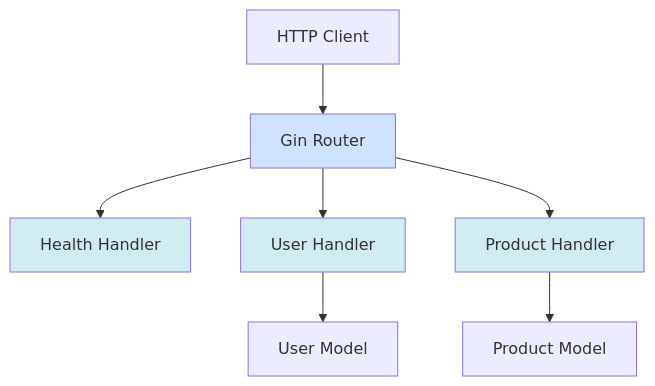
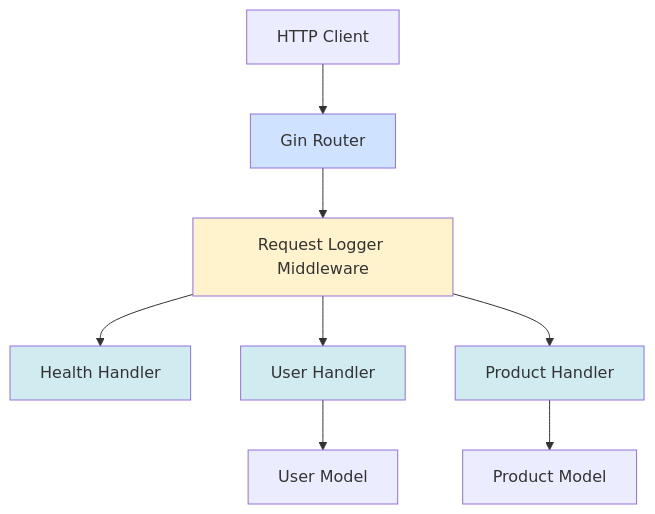
One commit to gamefiend/doc-agent-demo changed the first of 2 diagrams in docs/ARCHITECTURE.md. Above: the diagram before and after it, drawn with Mermaid. The commit also changed other lines of this file and 5 other files, not shown here.

````diff
--- a/docs/ARCHITECTURE.md
+++ b/docs/ARCHITECTURE.md
@@ -13,15 +13,17 @@
 ```mermaid
 graph TB
     Client[HTTP Client] --> Router[Gin Router]
-    Router --> HealthHandler[Health Handler]
-    Router --> UserHandler[User Handler]
-    Router --> ProductHandler[Product Handler]
+    Router --> Middleware[Request Logger Middleware]
+    Middleware --> HealthHandler[Health Handler]
+    Middleware --> UserHandler[User Handler]
+    Middleware --> ProductHandler[Product Handler]
 
     UserHandler --> UserModel[User Model]
     ProductHandler --> ProductModel[Product Model]
 
     style Router fill:#cfe2ff
+    style Middleware fill:#fff3cd
     style HealthHandler fill:#d1ecf1
     style UserHandler fill:#d1ecf1
     style ProductHandler fill:#d1ecf1
 ```
````
